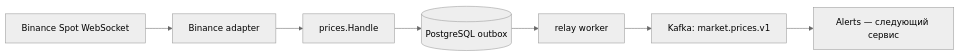
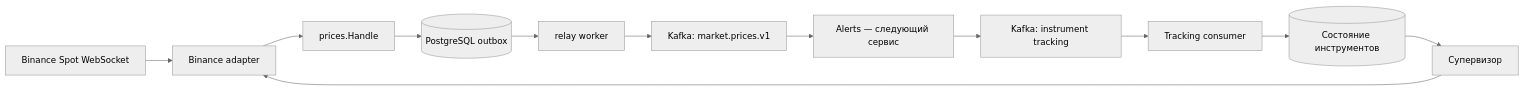
The diagram in docs/architecture/market-data.md (irhinandrej399-jpg/binance-alerts), drawn with Mermaid (neutral theme) before and after one commit. The commit also changed other lines of this file and 22 other files, not shown here.

````diff
--- a/docs/architecture/market-data.md
+++ b/docs/architecture/market-data.md
@@ -5,9 +5,14 @@
 ```mermaid
 flowchart LR
   B[Binance Spot WebSocket] --> W[Binance adapter]
   W --> H[prices.Handle]
   H --> O[(PostgreSQL outbox)]
   O --> R[relay worker]
   R --> K[Kafka: market.prices.v1]
   K --> A[Alerts — следующий сервис]
+  A --> C[Kafka: instrument tracking]
+  C --> T[Tracking consumer]
+  T --> D[(Состояние инструментов)]
+  D --> S[Супервизор]
+  S --> W
 ```
````
